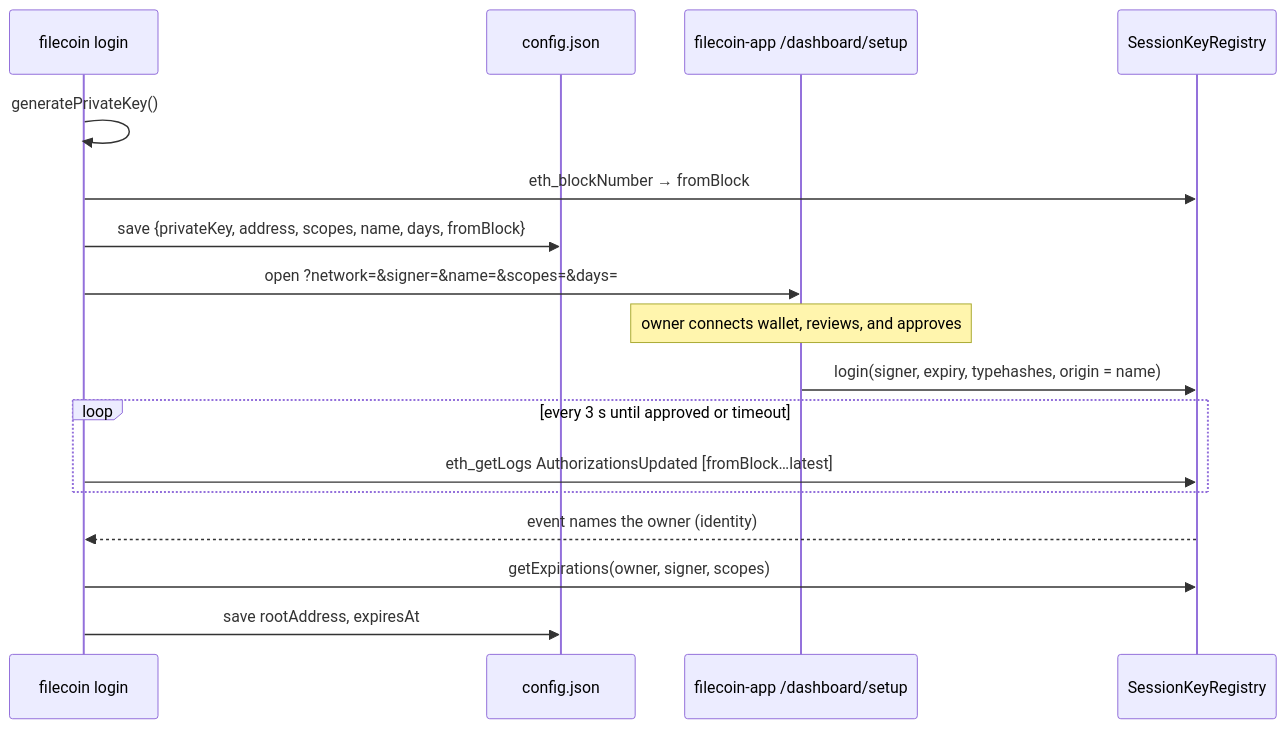
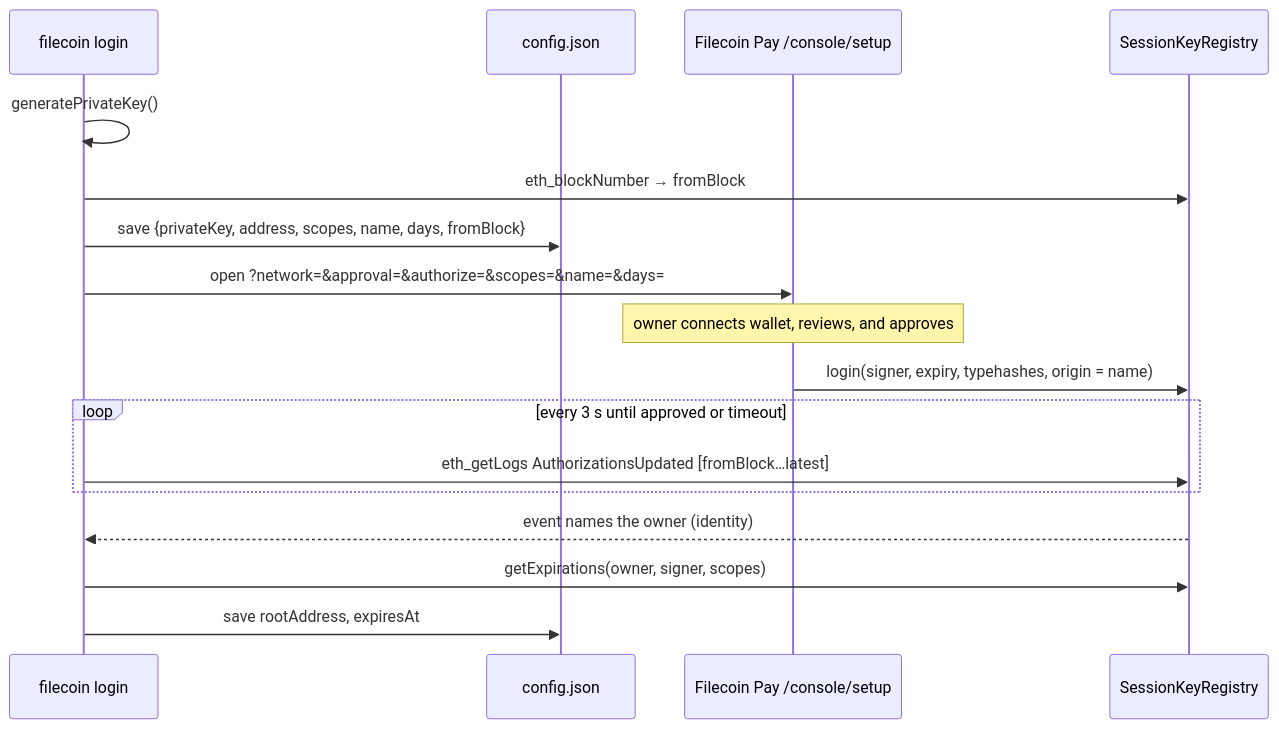
The second of 3 diagrams in docs/filecoin/architecture.md (filecoin-project/agents), drawn with Mermaid before and after one commit. The commit also changed other lines of this file and 28 other files, not shown here.

First line of the commit message:
feat(filecoin-cli)!: send login, funding, and revoke links to the Filecoin Pay console (#45)

````diff
--- a/docs/filecoin/architecture.md
+++ b/docs/filecoin/architecture.md
@@ -121,20 +121,20 @@
 ```mermaid
 sequenceDiagram
   participant CLI as filecoin login
   participant Cfg as config.json
-  participant App as filecoin-app /dashboard/setup
+  participant App as Filecoin Pay /console/setup
   participant Reg as SessionKeyRegistry
 
   CLI->>CLI: generatePrivateKey()
   CLI->>Reg: eth_blockNumber → fromBlock
   CLI->>Cfg: save {privateKey, address, scopes, name, days, fromBlock}
-  CLI->>App: open ?network=&signer=&name=&scopes=&days=
+  CLI->>App: open ?network=&approval=&authorize=&scopes=&name=&days=
   Note over App: owner connects wallet, reviews, and approves
   App->>Reg: login(signer, expiry, typehashes, origin = name)
   loop every 3 s until approved or timeout
     CLI->>Reg: eth_getLogs AuthorizationsUpdated [fromBlock…latest]
   end
   Reg-->>CLI: event names the owner (identity)
   CLI->>Reg: getExpirations(owner, signer, scopes)
   CLI->>Cfg: save rootAddress, expiresAt
 ```
````
